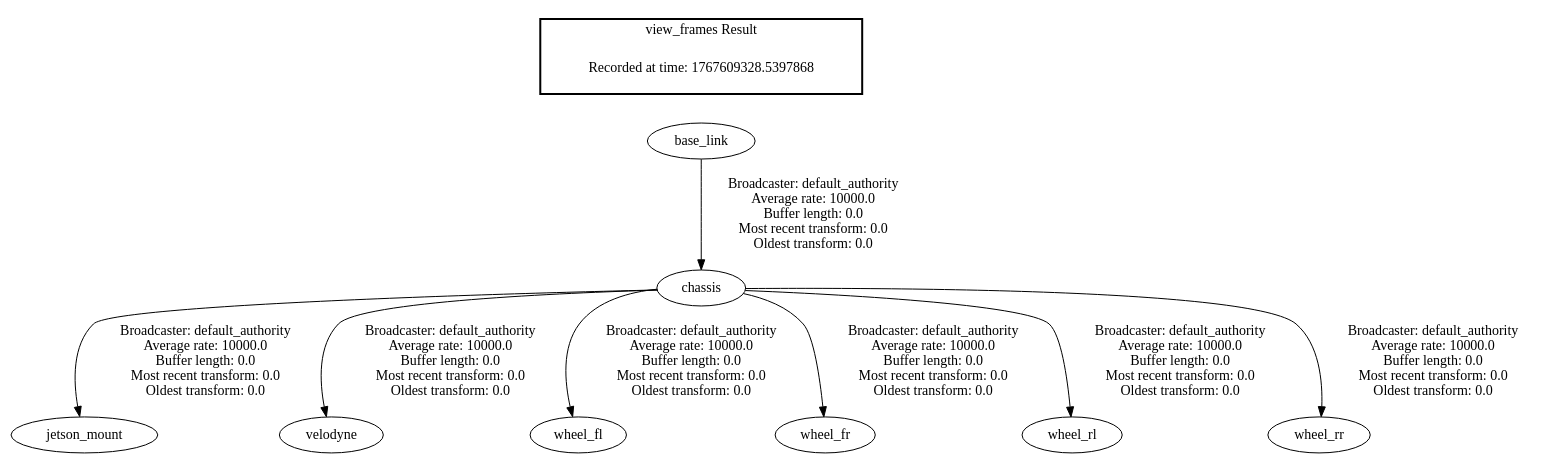
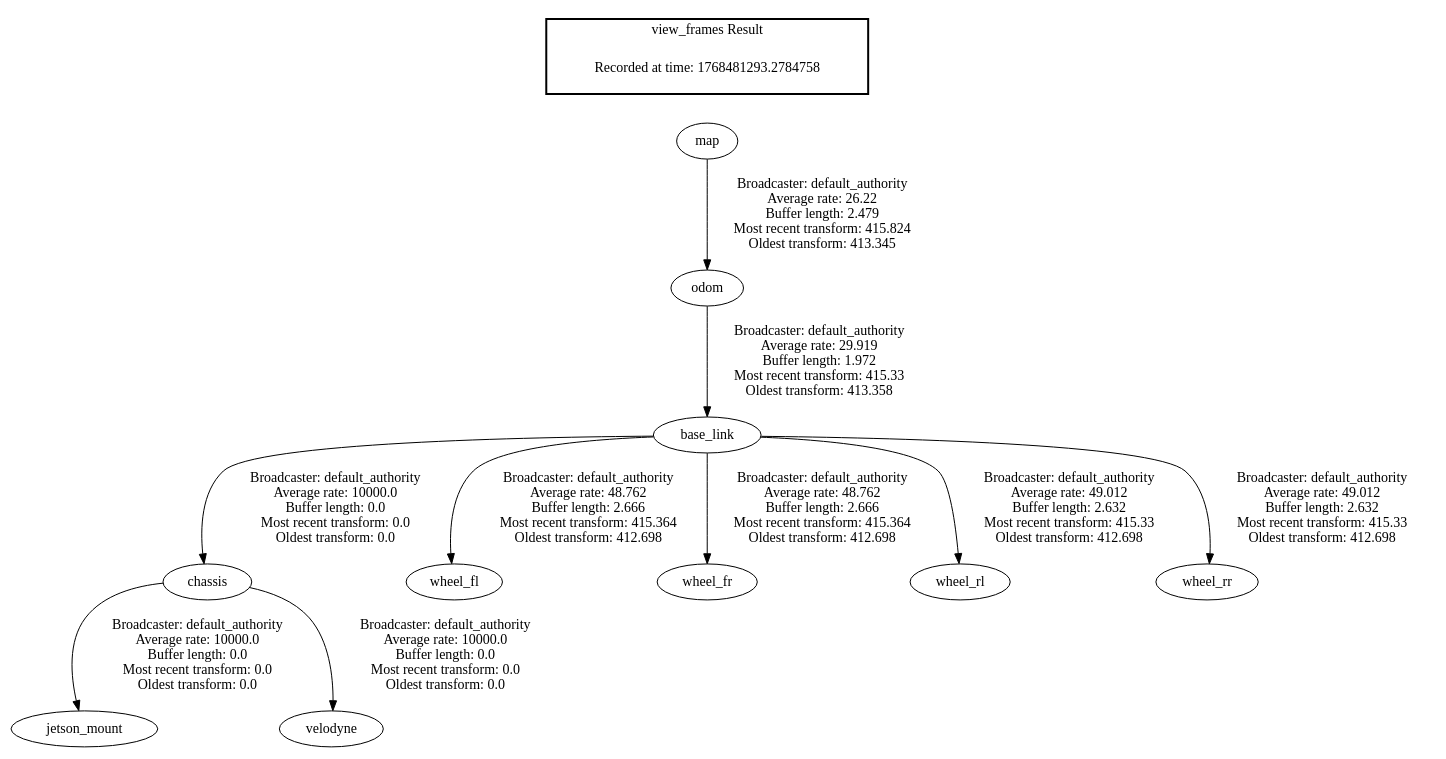
The diagram in frames.gv (lukasderia/ros2_leo_ws), drawn with Graphviz before and after one commit. The commit also changed 9 other files, not shown here.

```diff
--- a/frames.gv
+++ b/frames.gv
@@ -1,13 +1,15 @@
 digraph G {
 "base_link" -> "chassis"[label=" Broadcaster: default_authority\nAverage rate: 10000.0\nBuffer length: 0.0\nMost recent transform: 0.0\nOldest transform: 0.0\n"];
+"odom" -> "base_link"[label=" Broadcaster: default_authority\nAverage rate: 29.919\nBuffer length: 1.972\nMost recent transform: 415.33\nOldest transform: 413.358\n"];
 "chassis" -> "jetson_mount"[label=" Broadcaster: default_authority\nAverage rate: 10000.0\nBuffer length: 0.0\nMost recent transform: 0.0\nOldest transform: 0.0\n"];
 "chassis" -> "velodyne"[label=" Broadcaster: default_authority\nAverage rate: 10000.0\nBuffer length: 0.0\nMost recent transform: 0.0\nOldest transform: 0.0\n"];
-"chassis" -> "wheel_fl"[label=" Broadcaster: default_authority\nAverage rate: 10000.0\nBuffer length: 0.0\nMost recent transform: 0.0\nOldest transform: 0.0\n"];
-"chassis" -> "wheel_fr"[label=" Broadcaster: default_authority\nAverage rate: 10000.0\nBuffer length: 0.0\nMost recent transform: 0.0\nOldest transform: 0.0\n"];
-"chassis" -> "wheel_rl"[label=" Broadcaster: default_authority\nAverage rate: 10000.0\nBuffer length: 0.0\nMost recent transform: 0.0\nOldest transform: 0.0\n"];
-"chassis" -> "wheel_rr"[label=" Broadcaster: default_authority\nAverage rate: 10000.0\nBuffer length: 0.0\nMost recent transform: 0.0\nOldest transform: 0.0\n"];
+"base_link" -> "wheel_fl"[label=" Broadcaster: default_authority\nAverage rate: 48.762\nBuffer length: 2.666\nMost recent transform: 415.364\nOldest transform: 412.698\n"];
+"base_link" -> "wheel_fr"[label=" Broadcaster: default_authority\nAverage rate: 48.762\nBuffer length: 2.666\nMost recent transform: 415.364\nOldest transform: 412.698\n"];
+"base_link" -> "wheel_rl"[label=" Broadcaster: default_authority\nAverage rate: 49.012\nBuffer length: 2.632\nMost recent transform: 415.33\nOldest transform: 412.698\n"];
+"base_link" -> "wheel_rr"[label=" Broadcaster: default_authority\nAverage rate: 49.012\nBuffer length: 2.632\nMost recent transform: 415.33\nOldest transform: 412.698\n"];
+"map" -> "odom"[label=" Broadcaster: default_authority\nAverage rate: 26.22\nBuffer length: 2.479\nMost recent transform: 415.824\nOldest transform: 413.345\n"];
 edge [style=invis];
  subgraph cluster_legend { style=bold; color=black; label ="view_frames Result";
-"Recorded at time: 1767609328.5397868"[ shape=plaintext ] ;
-}->"base_link";
+"Recorded at time: 1768481293.2784758"[ shape=plaintext ] ;
+}->"map";
 }
```
